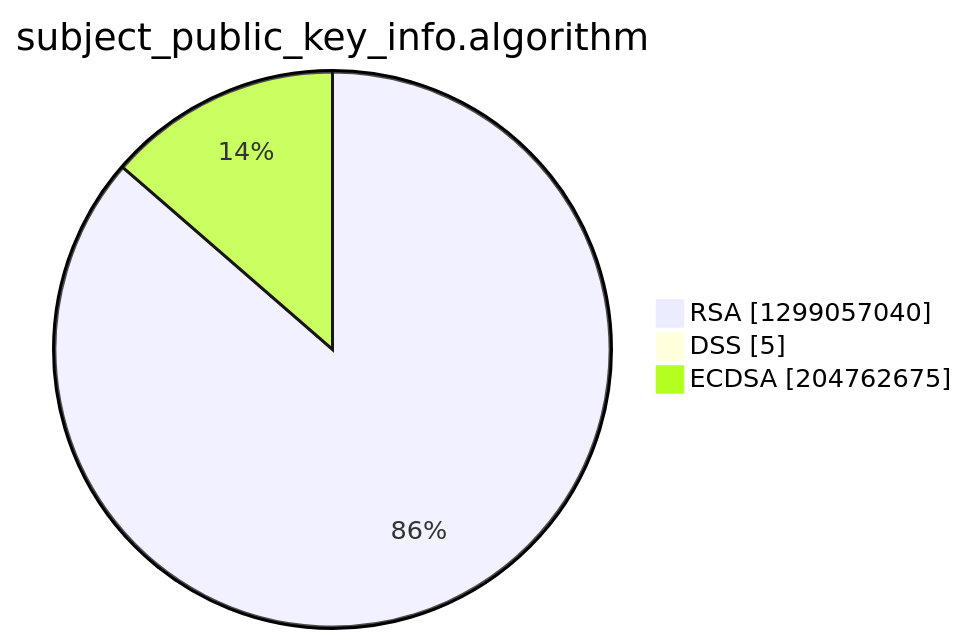
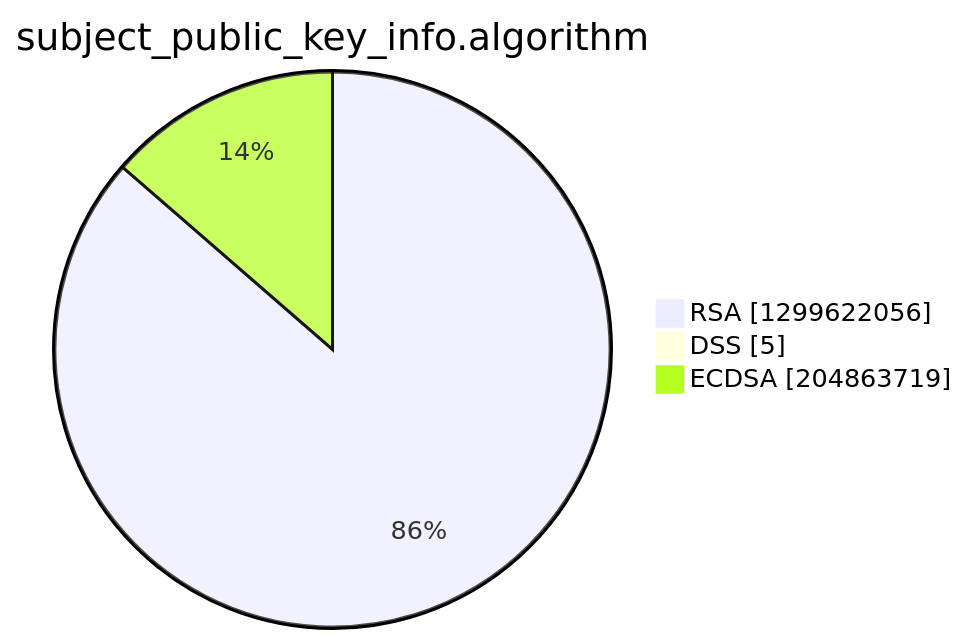
One commit to christiankrug/ctmonitor_visualization changed the third of 15 diagrams in argon2022/README.md. Above: the diagram before and after it, drawn with Mermaid. The commit also changed other lines of this file, not shown here.

````diff
--- a/argon2022/README.md
+++ b/argon2022/README.md
@@ -14,7 +14,7 @@
 ```mermaid
 pie showData
 title subject_public_key_info.algorithm
-"RSA" :1299057040
+"RSA" :1299622056
 "DSS" :5
-"ECDSA" :204762675
+"ECDSA" :204863719
 ```
````
